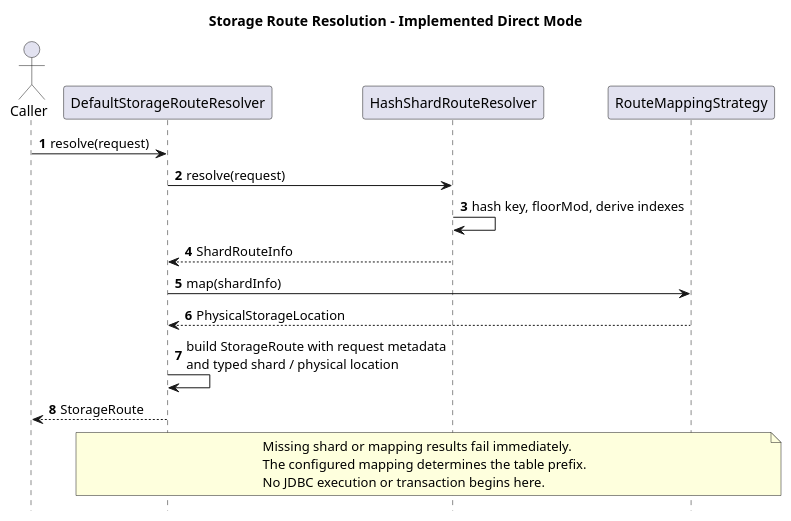
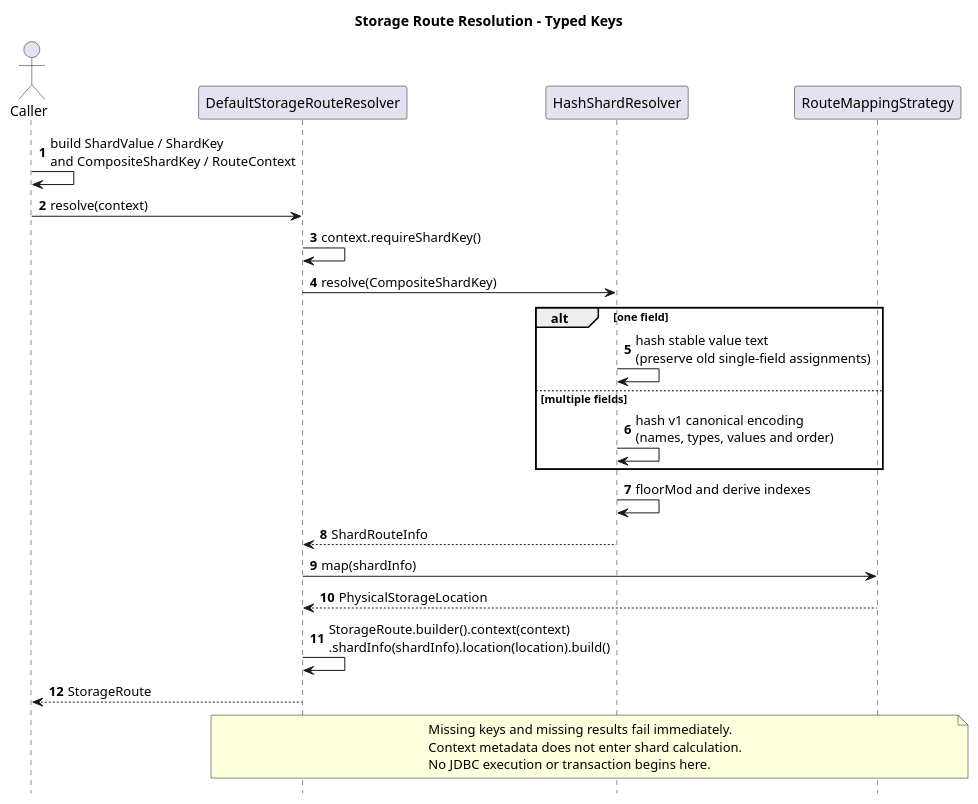
Before and after one commit to pbxjtumse/iron-components-java: the diagram in component/storage-routing-component/docs/sequence/03-storage-route-resolution.puml, drawn with PlantUML. The commit also changed 31 other files, not shown here.

```diff
--- a/component/storage-routing-component/docs/sequence/03-storage-route-resolution.puml
+++ b/component/storage-routing-component/docs/sequence/03-storage-route-resolution.puml
@@ -1,26 +1,33 @@
 @startuml
-title Storage Route Resolution - Implemented Direct Mode
+title Storage Route Resolution - Typed Keys
 autonumber
 skinparam shadowing false
 hide footbox
 
 actor Caller
 participant DefaultStorageRouteResolver as Resolver
-participant HashShardRouteResolver as Shard
+participant HashShardResolver as Shard
 participant RouteMappingStrategy as Mapping
 
-Caller -> Resolver : resolve(request)
-Resolver -> Shard : resolve(request)
-Shard -> Shard : hash key, floorMod, derive indexes
+Caller -> Caller : build ShardValue / ShardKey\nand CompositeShardKey / RouteContext
+Caller -> Resolver : resolve(context)
+Resolver -> Resolver : context.requireShardKey()
+Resolver -> Shard : resolve(CompositeShardKey)
+alt one field
+  Shard -> Shard : hash stable value text\n(preserve old single-field assignments)
+else multiple fields
+  Shard -> Shard : hash v1 canonical encoding\n(names, types, values and order)
+end
+Shard -> Shard : floorMod and derive indexes
 Shard --> Resolver : ShardRouteInfo
 Resolver -> Mapping : map(shardInfo)
 Mapping --> Resolver : PhysicalStorageLocation
-Resolver -> Resolver : build StorageRoute with request metadata\nand typed shard / physical location
+Resolver -> Resolver : StorageRoute.builder().context(context)\n.shardInfo(shardInfo).location(location).build()
 Resolver --> Caller : StorageRoute
 
 note over Resolver, Mapping
-Missing shard or mapping results fail immediately.
-The configured mapping determines the table prefix.
+Missing keys and missing results fail immediately.
+Context metadata does not enter shard calculation.
 No JDBC execution or transaction begins here.
 end note
 @enduml
```
